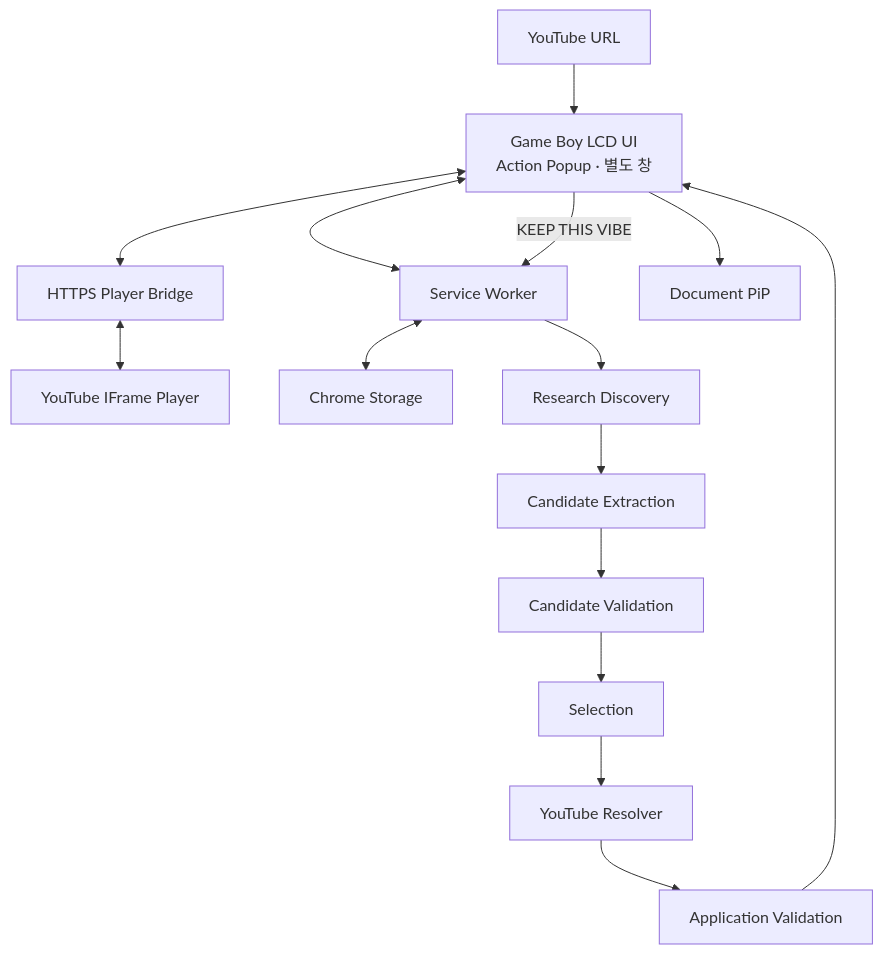
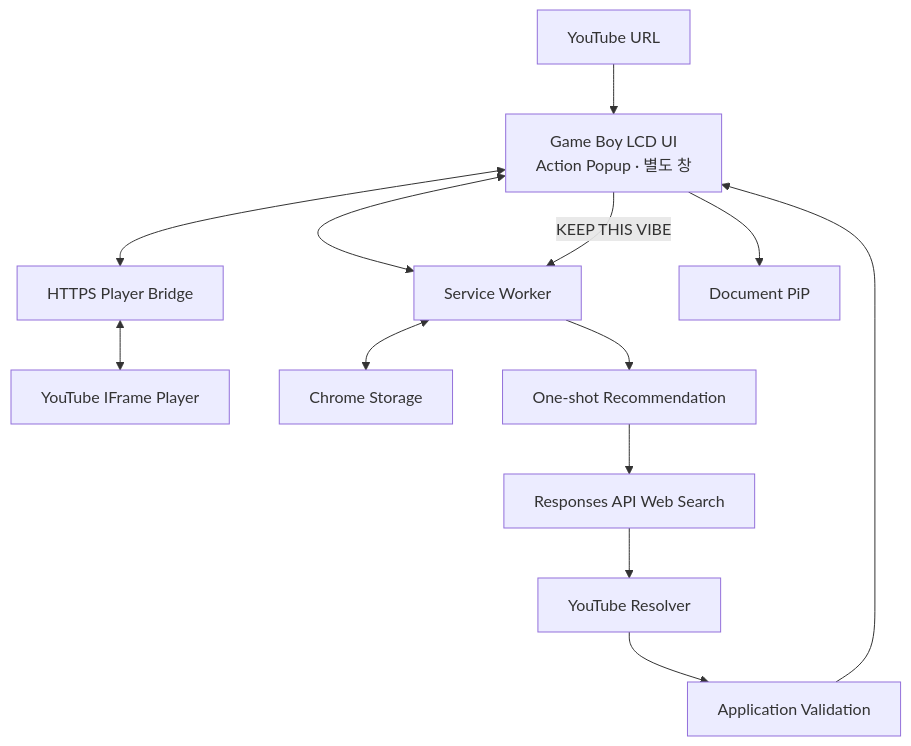
Before and after one commit to seoheejung/pixel-jukebox: the diagram in .project/plan.md, drawn with Mermaid. The commit also changed other lines of this file and 8 other files, not shown here.

Commit message:
Update Pages installation flow and E2E guard

````diff
--- a/.project/plan.md
+++ b/.project/plan.md
@@ -128,33 +128,29 @@
 ```mermaid
 flowchart TD
     Input["YouTube URL"]
     UI["Game Boy LCD UI<br/>Action Popup · 별도 창"]
     Bridge["HTTPS Player Bridge"]
     YT["YouTube IFrame Player"]
     Worker["Service Worker"]
     Storage["Chrome Storage"]
     PiP["Document PiP"]
 
-    Discovery["Research Discovery"]
-    Extraction["Candidate Extraction"]
-    Candidate["Candidate Validation"]
-    Selection["Selection"]
+    Recommendation["One-shot Recommendation"]
+    Search["Responses API Web Search"]
     Resolver["YouTube Resolver"]
     Validation["Application Validation"]
 
     Input --> UI
     UI <--> Bridge
     Bridge <--> YT
     UI <--> Worker
     Worker <--> Storage
     UI --> PiP
 
     UI -->|"KEEP THIS VIBE"| Worker
-    Worker --> Discovery
-    Discovery --> Extraction
-    Extraction --> Candidate
-    Candidate --> Selection
-    Selection --> Resolver
+    Worker --> Recommendation
+    Recommendation --> Search
+    Search --> Resolver
     Resolver --> Validation
     Validation --> UI
 ```
````
